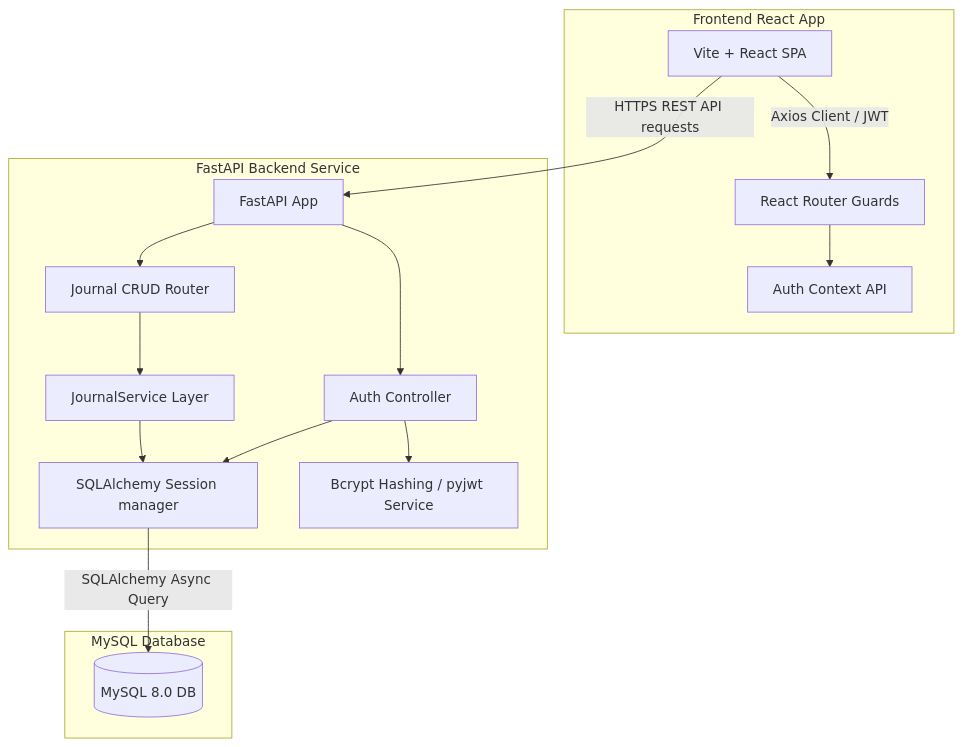
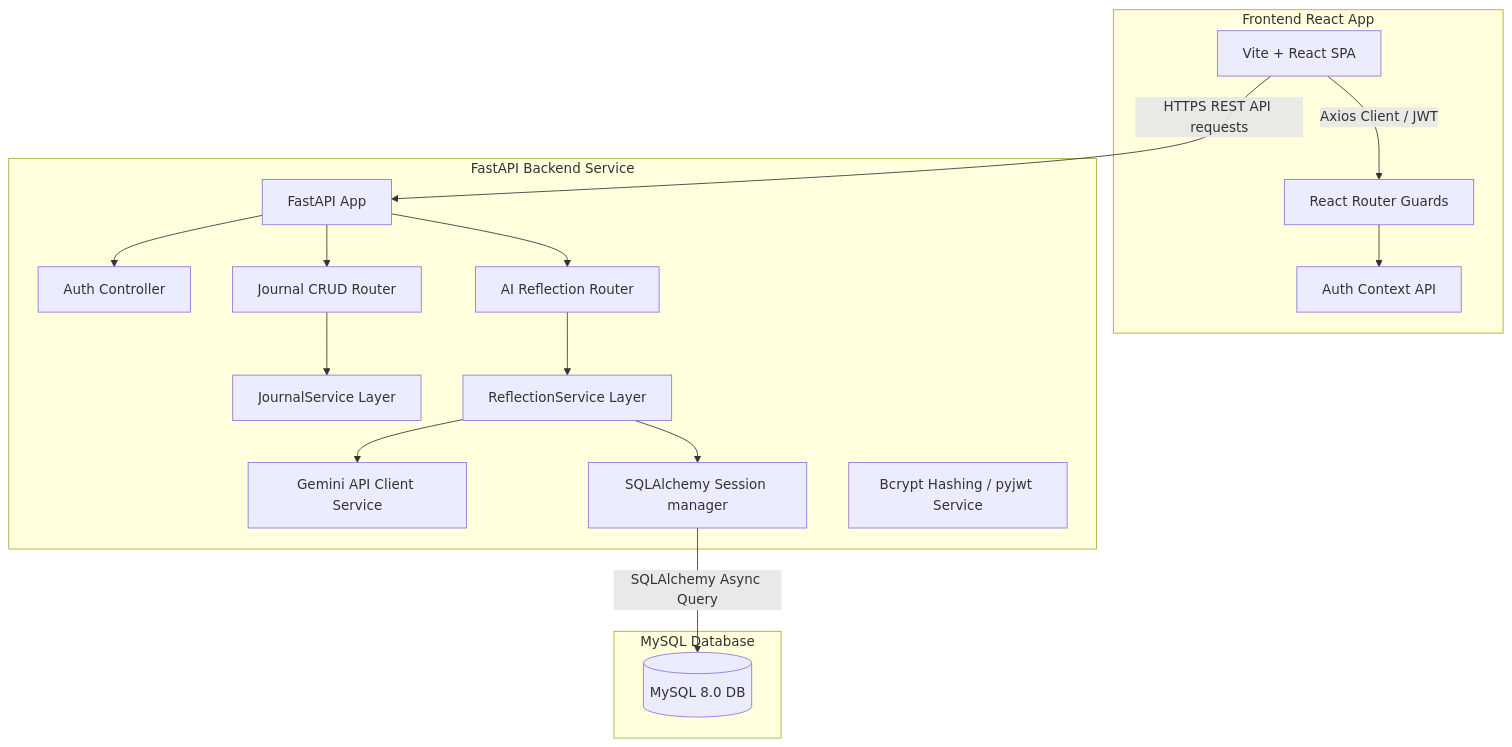
One commit to pranavseshasaisetty123-max/mindspace changed the diagram in README.md. Above: the diagram before and after it, drawn with Mermaid. The commit also changed other lines of this file and 16 other files, not shown here.

Commit message:
feat: Sprint 3 - AI reflection engine with Gemini integration and resilient fallback

````diff
--- a/README.md
+++ b/README.md
@@ -8,29 +8,33 @@
 ```mermaid
 graph TB
     subgraph Client Tier [Frontend React App]
         React[Vite + React SPA] -->|Axios Client / JWT| Router[React Router Guards]
         Router --> Context[Auth Context API]
     end
 
     subgraph API Tier [FastAPI Backend Service]
         Server[FastAPI App]
         AuthRouter[Auth Controller]
         JournalRouter[Journal CRUD Router]
+        ReflectionRouter[AI Reflection Router]
         JournalService[JournalService Layer]
+        ReflectionService[ReflectionService Layer]
+        GeminiService[Gemini API Client Service]
         DBConnection[SQLAlchemy Session manager]
         Crypt[Bcrypt Hashing / pyjwt Service]
     end
 
     subgraph Storage Tier [MySQL Database]
         MySQL[(MySQL 8.0 DB)]
     end
 
     React -->|HTTPS REST API requests| Server
     Server --> AuthRouter
     Server --> JournalRouter
+    Server --> ReflectionRouter
     JournalRouter --> JournalService
-    JournalService --> DBConnection
-    AuthRouter --> Crypt
-    AuthRouter --> DBConnection
+    ReflectionRouter --> ReflectionService
+    ReflectionService --> GeminiService
+    ReflectionService --> DBConnection
     DBConnection -->|SQLAlchemy Async Query| MySQL
 ```
````
